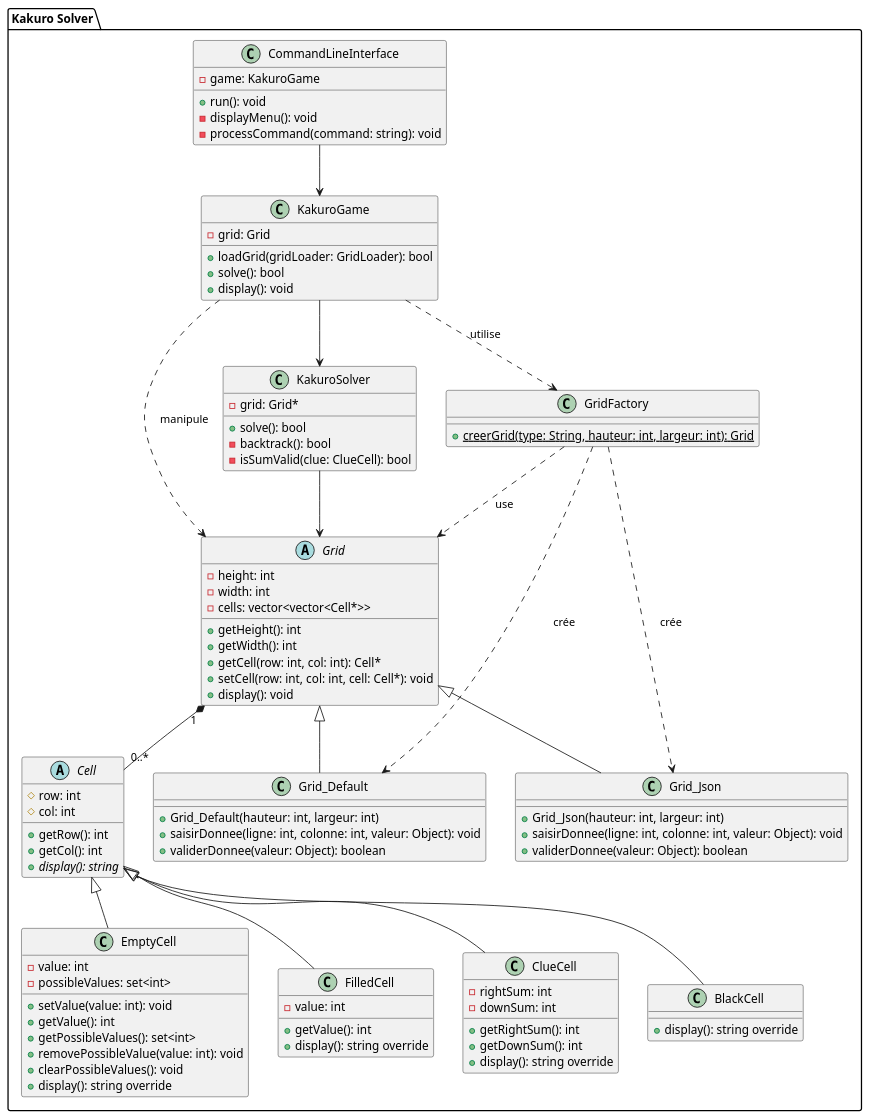
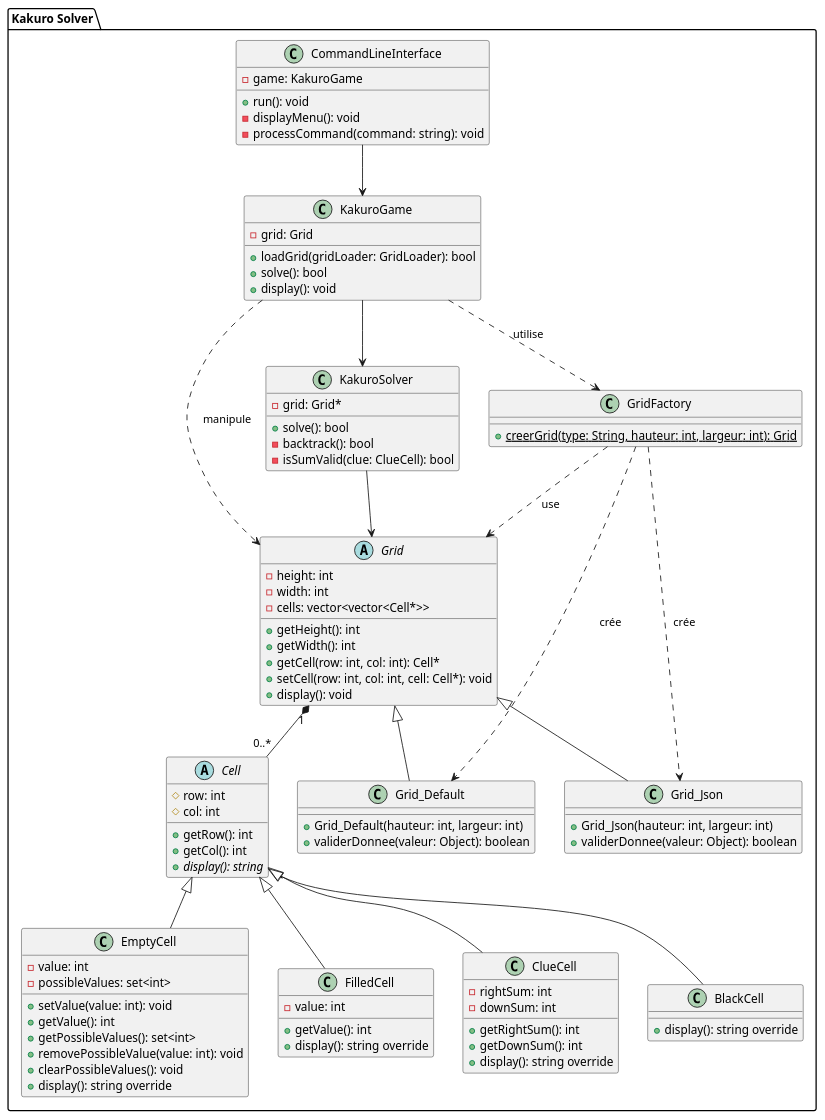
The diagram in kakuro.puml (aZticot3/kakuro), drawn with PlantUML before and after one commit. The commit also changed 6 other files, not shown here.

```diff
--- a/kakuro.puml
+++ b/kakuro.puml
@@ -1,114 +1,112 @@
 @startuml
 
 package "Kakuro Solver" {
     class KakuroGame {
         - grid: Grid
         + loadGrid(gridLoader: GridLoader): bool
         + solve(): bool
         + display(): void
     }
 
     abstract class Cell {
         # row: int
         # col: int
         + getRow(): int
         + getCol(): int
         + {abstract} display(): string
     }
 
     class EmptyCell {
         - value: int
         - possibleValues: set<int>
         + setValue(value: int): void
         + getValue(): int
         + getPossibleValues(): set<int>
         + removePossibleValue(value: int): void
         + clearPossibleValues(): void
         + display(): string override
     }
 
     class FilledCell {
         - value: int
         + getValue(): int
         + display(): string override
     }
 
     class ClueCell {
         - rightSum: int
         - downSum: int
         + getRightSum(): int
         + getDownSum(): int
         + display(): string override
     }
 
     class BlackCell {
         + display(): string override
     }
 
     abstract class Grid {
         - height: int
         - width: int
         - cells: vector<vector<Cell*>>
         + getHeight(): int
         + getWidth(): int
         + getCell(row: int, col: int): Cell*
         + setCell(row: int, col: int, cell: Cell*): void
         + display(): void
     }
 
     class KakuroSolver {
         - grid: Grid*
         + solve(): bool
         - backtrack(): bool
         - isSumValid(clue: ClueCell): bool
     }
 
     class CommandLineInterface {
         - game: KakuroGame
         + run(): void
         - displayMenu(): void
         - processCommand(command: string): void
     }
     
     class Grid_Default {
       + Grid_Default(hauteur: int, largeur: int)
-      + saisirDonnee(ligne: int, colonne: int, valeur: Object): void
       + validerDonnee(valeur: Object): boolean
     }
 
     class Grid_Json {
       + Grid_Json(hauteur: int, largeur: int)
-      + saisirDonnee(ligne: int, colonne: int, valeur: Object): void
       + validerDonnee(valeur: Object): boolean
     }
     
     class GridFactory {
       + {static} creerGrid(type: String, hauteur: int, largeur: int): Grid
     }
 
     KakuroGame --> KakuroSolver
     Grid "1" *-- "0..*" Cell
     
     Cell <|-- EmptyCell
     Cell <|-- FilledCell
     Cell <|-- ClueCell
     Cell <|-- BlackCell
     
     KakuroSolver --> Grid
     
     Grid <|-- Grid_Default
     Grid <|-- Grid_Json
     
     GridFactory ..> Grid_Default: crée
     GridFactory ..> Grid_Json: crée
     GridFactory ..> Grid: use
     
     KakuroGame ..> GridFactory: utilise
     KakuroGame ..> Grid: manipule
 
     
     
     CommandLineInterface --> KakuroGame
 }
 
 @enduml
```
